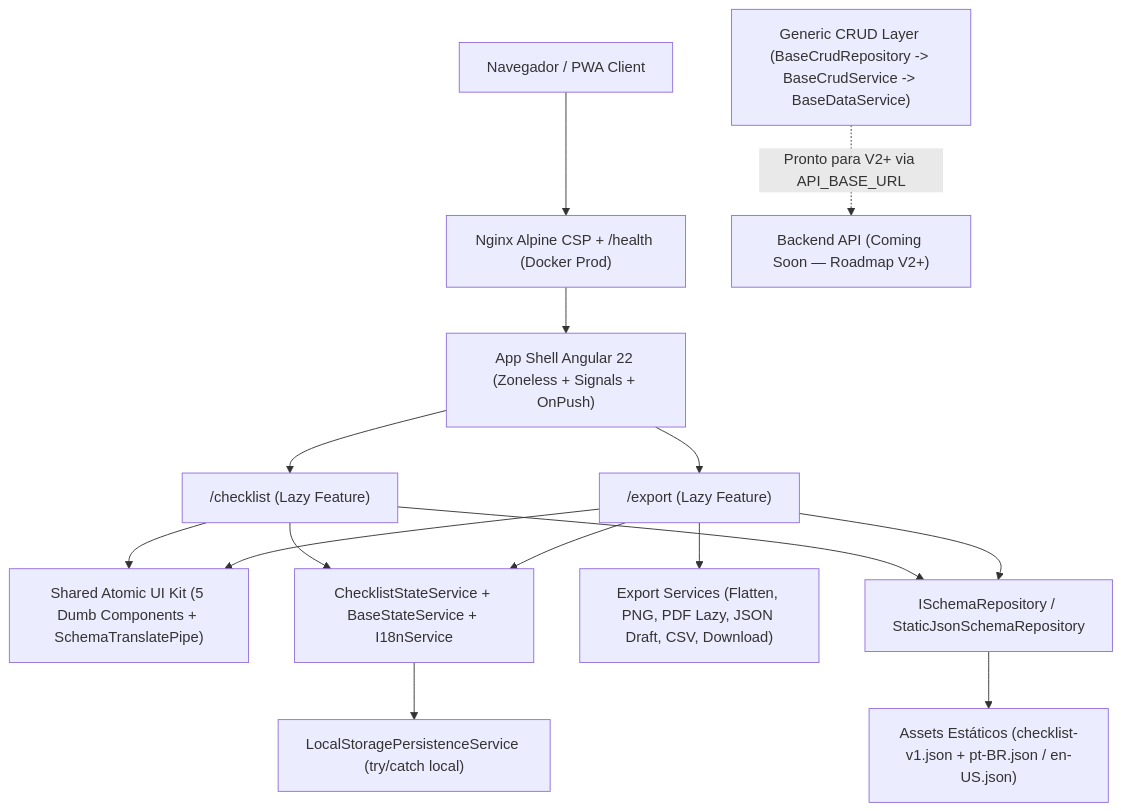
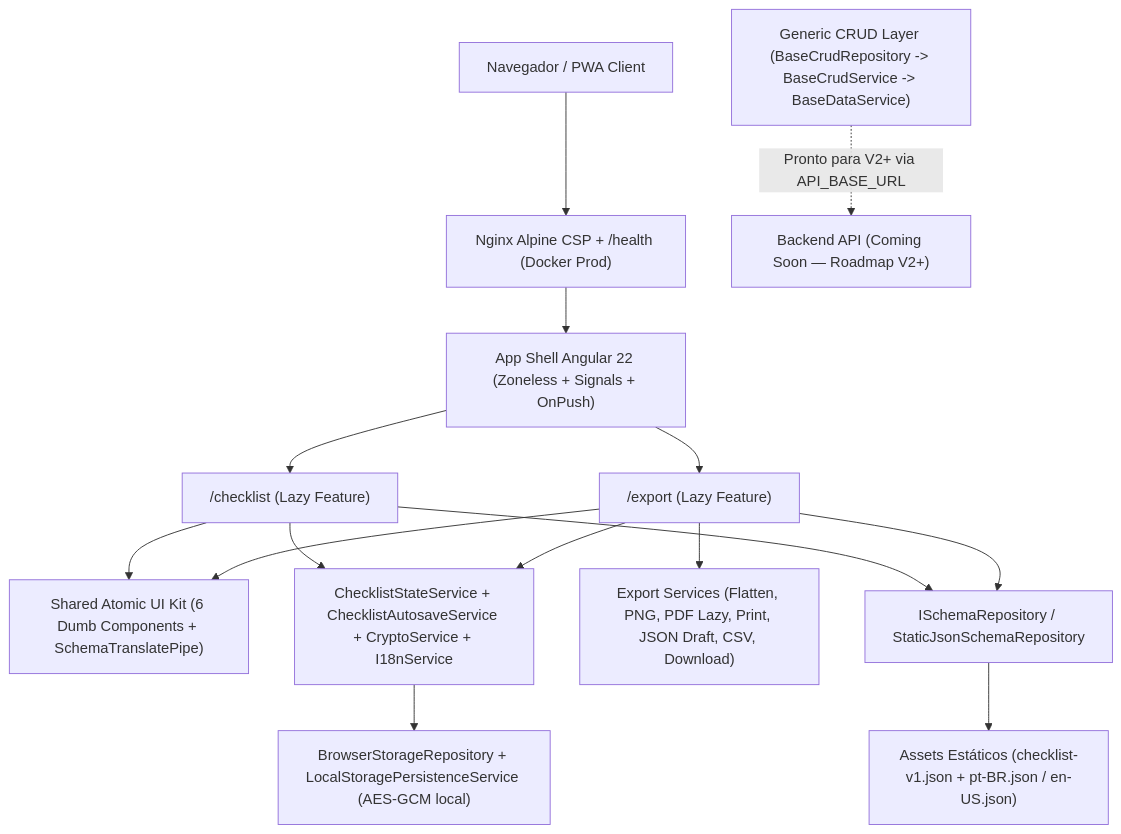
The diagram in docs/ARCHITECTURE.md (LeoneRocha/kinkconsentmanager), drawn with Mermaid before and after one commit. The commit also changed other lines of this file and 4 other files, not shown here.

Commit message:
docs: add architecture, blueprint, guidelines, and changelog documentation files

````diff
--- a/docs/ARCHITECTURE.md
+++ b/docs/ARCHITECTURE.md
@@ -87,22 +90,22 @@
 ```mermaid
 flowchart TD
     Browser["Navegador / PWA Client"] --> Nginx["Nginx Alpine CSP + /health (Docker Prod)"]
     Nginx --> Shell["App Shell Angular 22 (Zoneless + Signals + OnPush)"]
 
     Shell --> ChecklistRoute["/checklist (Lazy Feature)"]
     Shell --> ExportRoute["/export (Lazy Feature)"]
 
-    ChecklistRoute --> DumbKit["Shared Atomic UI Kit (5 Dumb Components + SchemaTranslatePipe)"]
+    ChecklistRoute --> DumbKit["Shared Atomic UI Kit (6 Dumb Components + SchemaTranslatePipe)"]
     ExportRoute --> DumbKit
 
-    ChecklistRoute --> CoreState["ChecklistStateService + BaseStateService + I18nService"]
+    ChecklistRoute --> CoreState["ChecklistStateService + ChecklistAutosaveService + CryptoService + I18nService"]
     ExportRoute --> CoreState
-    ExportRoute --> ExportServices["Export Services (Flatten, PNG, PDF Lazy, JSON Draft, CSV, Download)"]
+    ExportRoute --> ExportServices["Export Services (Flatten, PNG, PDF Lazy, Print, JSON Draft, CSV, Download)"]
 
-    CoreState --> Storage["LocalStoragePersistenceService (try/catch local)"]
+    CoreState --> Storage["BrowserStorageRepository + LocalStoragePersistenceService (AES-GCM local)"]
     ChecklistRoute --> RepoLayer["ISchemaRepository / StaticJsonSchemaRepository"]
     ExportRoute --> RepoLayer
 
     RepoLayer --> StaticAssets["Assets Estáticos (checklist-v1.json + pt-BR.json / en-US.json)"]
     CrudLayer["Generic CRUD Layer (BaseCrudRepository -> BaseCrudService -> BaseDataService)"] -. "Pronto para V2+ via API_BASE_URL" .-> BackendSoon["Backend API (Coming Soon — Roadmap V2+)"]
 ```
````
